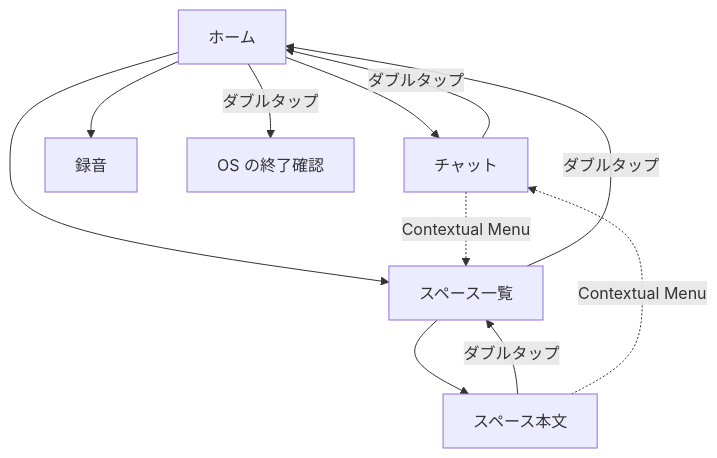
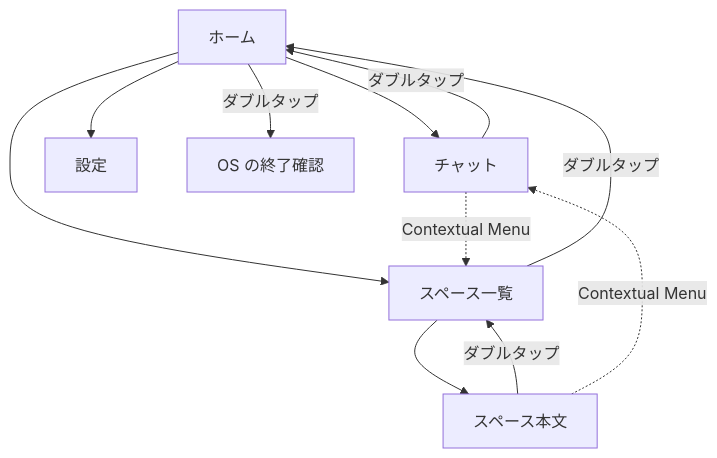
The third of 4 diagrams in docs/ui.ja.md (3mintimer/muse-relay), drawn with Mermaid before and after one commit. The commit also changed other lines of this file and 25 other files, not shown here.

````diff
--- a/docs/ui.ja.md
+++ b/docs/ui.ja.md
@@ -116,13 +116,13 @@
 ```mermaid
 flowchart TD
   H[ホーム] --> C[チャット]
   H --> S[スペース一覧]
-  H --> V[録音]
+  H --> P[設定]
   S --> D[スペース本文]
   C -->|ダブルタップ| H
   D -->|ダブルタップ| S
   S -->|ダブルタップ| H
   H -->|ダブルタップ| E[OS の終了確認]
   C -. Contextual Menu .-> S
   D -. Contextual Menu .-> C
 ```
````
